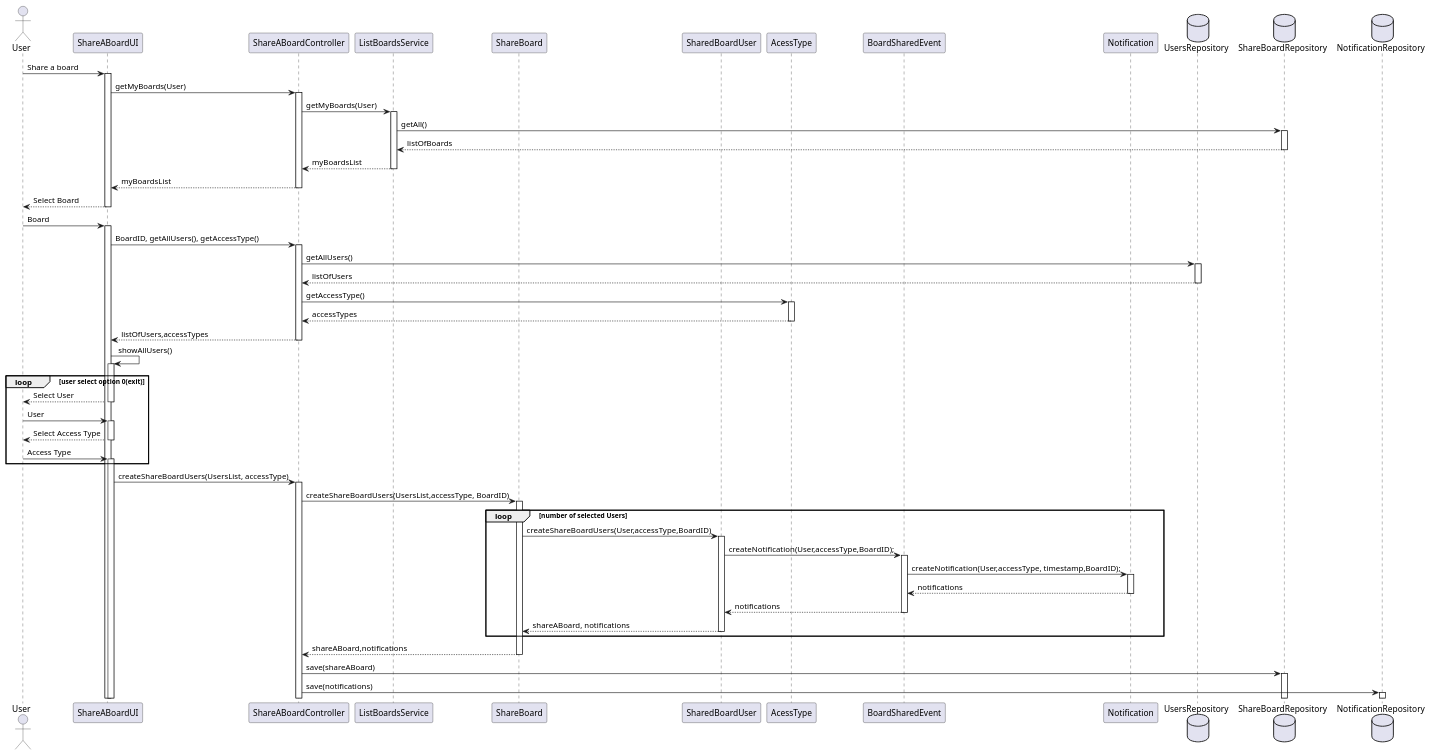
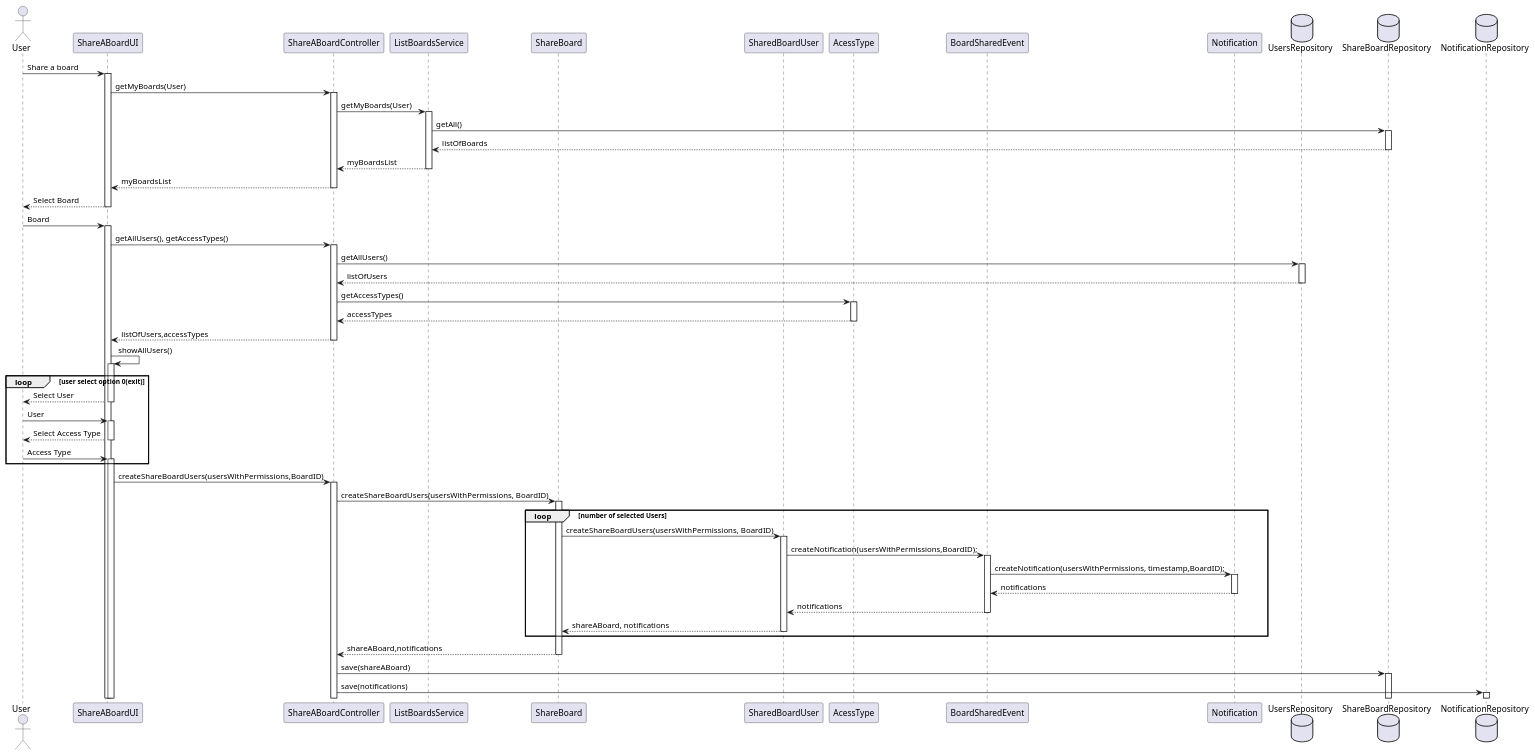
The diagram in docs/SPRINT C/US3004 - Share a board/US3004-SD.puml (mascenso/isep-sem4-lapr4), drawn with PlantUML before and after one commit. The commit also changed 22 other files, not shown here.

```diff
--- a/docs/SPRINT C/US3004 - Share a board/US3004-SD.puml
+++ b/docs/SPRINT C/US3004 - Share a board/US3004-SD.puml
@@ -1,62 +1,62 @@
 @startuml
 
 autoactivate on
 
 actor User as U
 participant "ShareABoardUI" as UI
 participant "ShareABoardController" as C
 participant "ListBoardsService" as S
 participant "ShareBoard" as SB
 participant "SharedBoardUser" as SBU
 participant "AcessType" as AT
 participant "BoardSharedEvent" as E
 participant "Notification" as N
 database "UsersRepository" as UR
 database "ShareBoardRepository" as SBR
 database "NotificationRepository" as NR
 
 
 U -> UI:Share a board
 UI -> C: getMyBoards(User)
 C->S:getMyBoards(User)
 S->SBR: getAll()
 SBR-->S: listOfBoards
 S-->C: myBoardsList
 C-->UI: myBoardsList
 UI-->U: Select Board
 
 U->UI:Board
-UI -> C: BoardID, getAllUsers(), getAccessType()
+UI -> C: getAllUsers(), getAccessTypes()
 C -> UR: getAllUsers()
 UR --> C: listOfUsers
 
-C->AT: getAccessType()
+C->AT: getAccessTypes()
 AT-->C: accessTypes
 C --> UI: listOfUsers,accessTypes
 
 UI -> UI: showAllUsers()
 
 loop user select option 0(exit)
 UI --> U: Select User
 U -> UI: User
 UI-->U: Select Access Type
 U->UI: Access Type
 end
 
-UI->C:createShareBoardUsers(UsersList, accessType)
-C->SB: createShareBoardUsers(UsersList,accessType, BoardID)
+UI->C:createShareBoardUsers(usersWithPermissions,BoardID)
+C->SB: createShareBoardUsers(usersWithPermissions, BoardID)
 
 loop number of selected Users
-SB-> SBU: createShareBoardUsers(User,accessType,BoardID)
-SBU->E: createNotification(User,accessType,BoardID);
-E->N: createNotification(User,accessType, timestamp,BoardID);
+SB-> SBU: createShareBoardUsers(usersWithPermissions, BoardID)
+SBU->E: createNotification(usersWithPermissions,BoardID);
+E->N: createNotification(usersWithPermissions, timestamp,BoardID);
 N-->E: notifications
 E-->SBU: notifications
 SBU-->SB: shareABoard, notifications
 end
 
 SB-->C:shareABoard,notifications
 C->SBR: save(shareABoard)
 C->NR: save(notifications)
 
 @enduml
```
